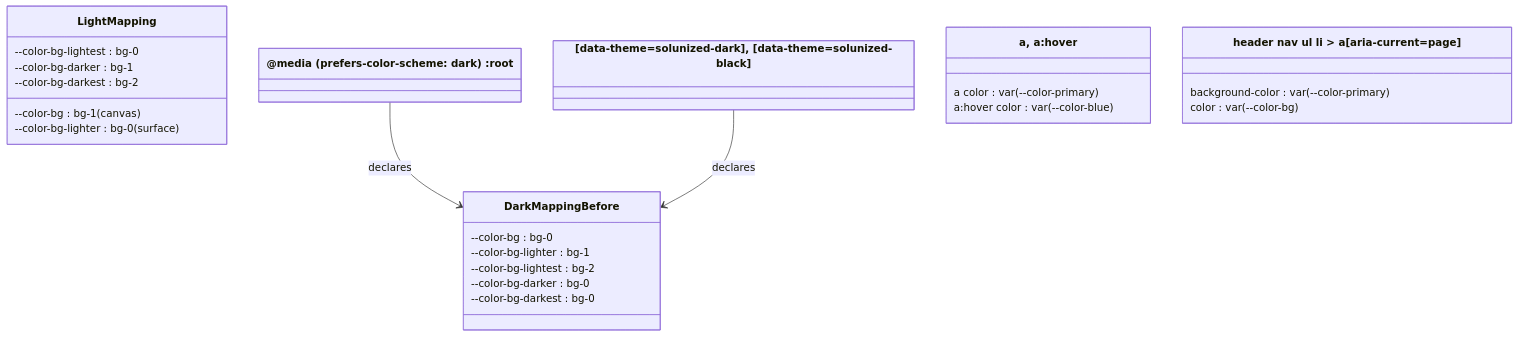
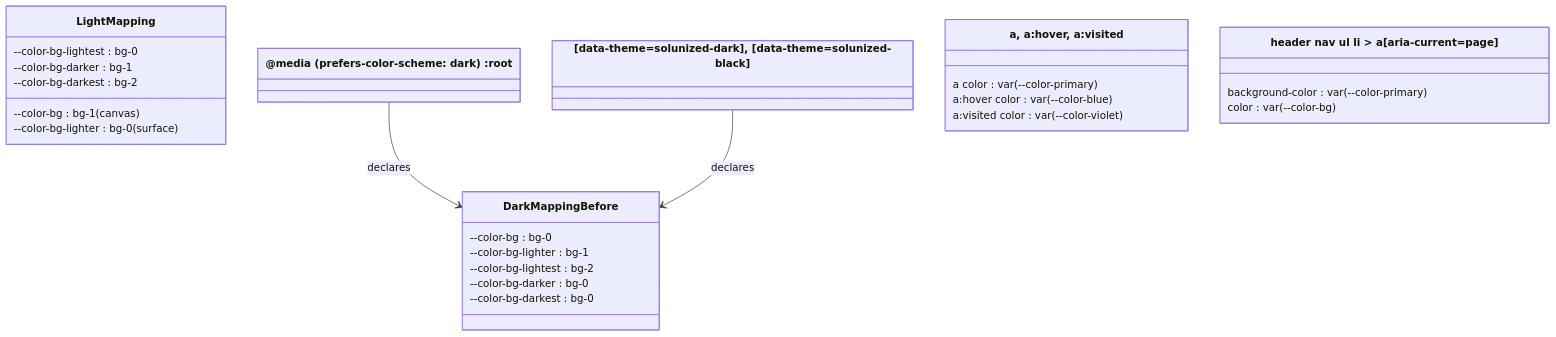
Before and after one commit to eirvandelden/MVPA.css: the first of 4 diagrams in docs/changes/dark-surfaces-darker-than-canvas/plan.md, drawn with Mermaid. The commit also changed other lines of this file and 1 other file, not shown here.

````diff
--- a/docs/changes/dark-surfaces-darker-than-canvas/plan.md
+++ b/docs/changes/dark-surfaces-darker-than-canvas/plan.md
@@ -29,29 +31,30 @@
 ```mermaid
 classDiagram
   class LightMapping {
     --color-bg : bg-1 (canvas)
     --color-bg-lighter : bg-0 (surface)
     --color-bg-lightest : bg-0
     --color-bg-darker : bg-1
     --color-bg-darkest : bg-2
   }
   class DarkMappingBefore {
     --color-bg : bg-0
     --color-bg-lighter : bg-1
     --color-bg-lightest : bg-2
     --color-bg-darker : bg-0
     --color-bg-darkest : bg-0
   }
   class SystemDarkRoot["@media (prefers-color-scheme: dark) :root"]
   class SolunizedDarkBlack["[data-theme=solunized-dark], [data-theme=solunized-black]"]
-  class LinkRuleBefore["a, a:hover"] {
+  class LinkRuleBefore["a, a:hover, a:visited"] {
     a color : var(--color-primary)
     a:hover color : var(--color-blue)
+    a:visited color : var(--color-violet)
   }
   class CurrentPageBefore["header nav ul li > a[aria-current=page]"] {
     background-color : var(--color-primary)
     color : var(--color-bg)
   }
   SystemDarkRoot --> DarkMappingBefore : declares
   SolunizedDarkBlack --> DarkMappingBefore : declares
 ```
````
